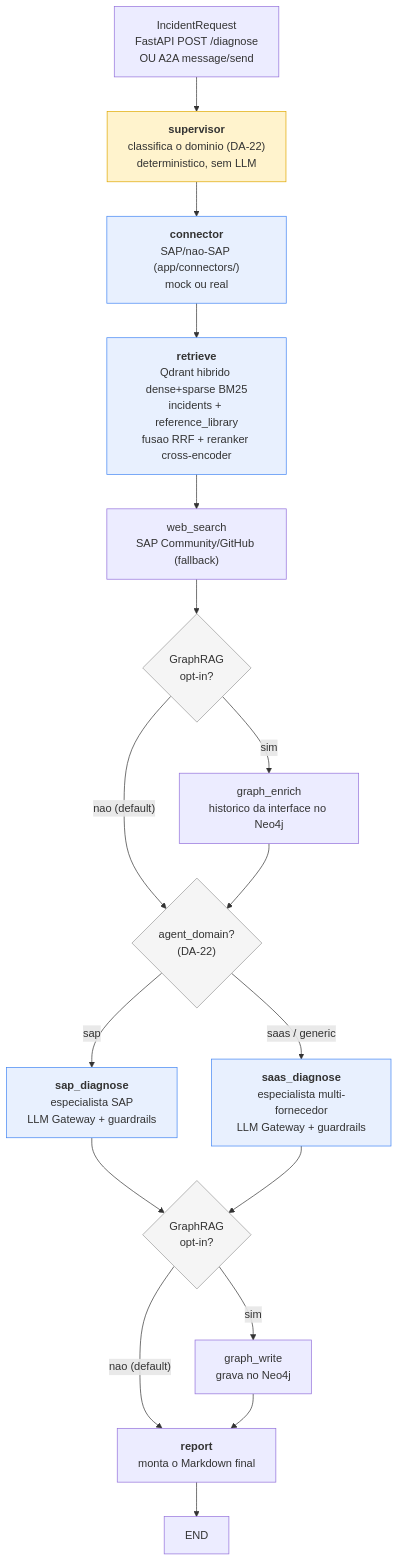
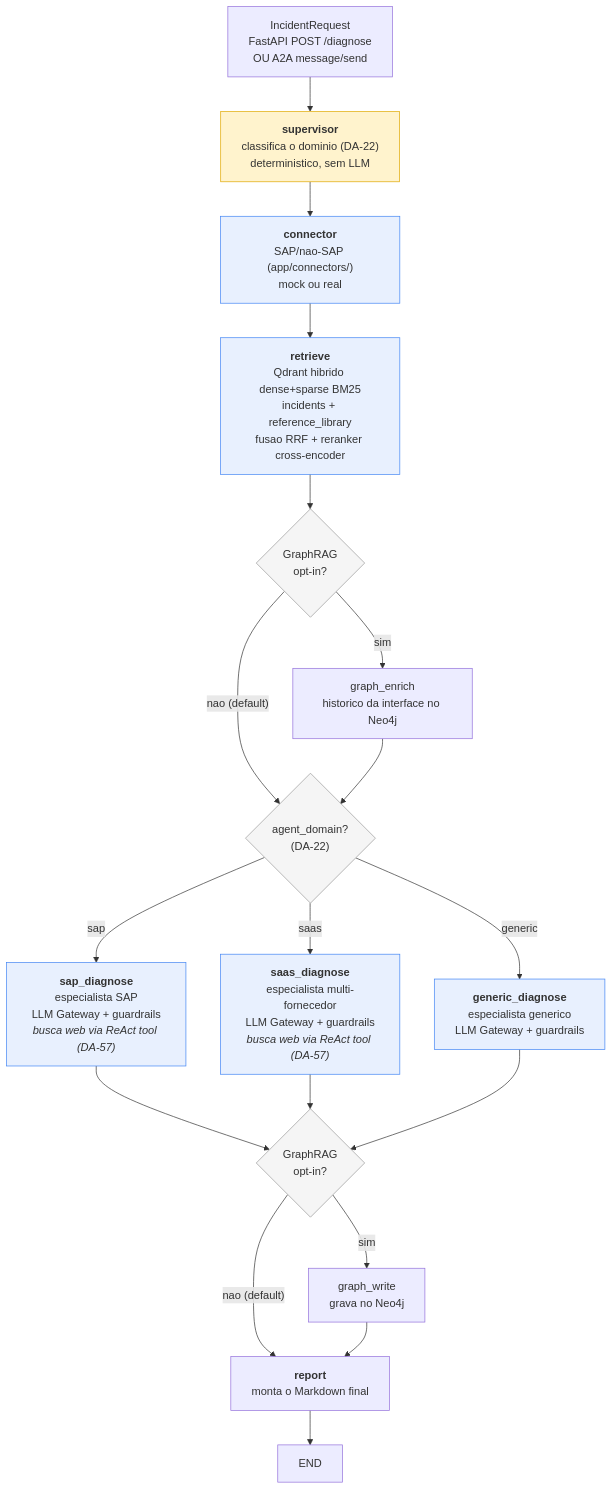
Before and after one commit to marcos-slima/integration-incident-copilot: the diagram in docs/ARCHITECTURE.md, drawn with Mermaid. The commit also changed 4 other files, not shown here.

First line of the commit message:
docs: corrige diagramas Mermaid para refletir estado real do codigo

````diff
--- a/docs/ARCHITECTURE.md
+++ b/docs/ARCHITECTURE.md
@@ -10,28 +10,30 @@
 ```mermaid
 flowchart TD
     A["IncidentRequest<br/>FastAPI POST /diagnose<br/>OU A2A message/send"] --> S["<b>supervisor</b><br/>classifica o dominio (DA-22)<br/>deterministico, sem LLM"]
     S --> B["<b>connector</b><br/>SAP/nao-SAP (app/connectors/)<br/>mock ou real"]
     B --> C["<b>retrieve</b><br/>Qdrant hibrido dense+sparse BM25<br/>incidents + reference_library<br/>fusao RRF + reranker cross-encoder"]
-    C --> W["web_search<br/>SAP Community/GitHub (fallback)"]
-    W --> D{"GraphRAG<br/>opt-in?"}
+    C --> D{"GraphRAG<br/>opt-in?"}
     D -->|"sim"| E["graph_enrich<br/>historico da interface no Neo4j"]
     D -->|"nao (default)"| R{"agent_domain?<br/>(DA-22)"}
     E --> R
-    R -->|"sap"| F1["<b>sap_diagnose</b><br/>especialista SAP<br/>LLM Gateway + guardrails"]
-    R -->|"saas / generic"| F2["<b>saas_diagnose</b><br/>especialista multi-fornecedor<br/>LLM Gateway + guardrails"]
+    R -->|"sap"| F1["<b>sap_diagnose</b><br/>especialista SAP<br/>LLM Gateway + guardrails<br/><i>busca web via ReAct tool (DA-57)</i>"]
+    R -->|"saas"| F2["<b>saas_diagnose</b><br/>especialista multi-fornecedor<br/>LLM Gateway + guardrails<br/><i>busca web via ReAct tool (DA-57)</i>"]
+    R -->|"generic"| F3["<b>generic_diagnose</b><br/>especialista generico<br/>LLM Gateway + guardrails"]
     F1 --> G{"GraphRAG<br/>opt-in?"}
     F2 --> G
+    F3 --> G
     G -->|"sim"| H["graph_write<br/>grava no Neo4j"]
     G -->|"nao (default)"| I["<b>report</b><br/>monta o Markdown final"]
     H --> I
     I --> J["END"]
 
     style D fill:#f5f5f5,stroke:#999
     style G fill:#f5f5f5,stroke:#999
     style R fill:#f5f5f5,stroke:#999
     style S fill:#fff3cd,stroke:#e0a800
     style B fill:#e8f0fe,stroke:#4285f4
     style C fill:#e8f0fe,stroke:#4285f4
     style F1 fill:#e8f0fe,stroke:#4285f4
     style F2 fill:#e8f0fe,stroke:#4285f4
+    style F3 fill:#e8f0fe,stroke:#4285f4
 ```
````
